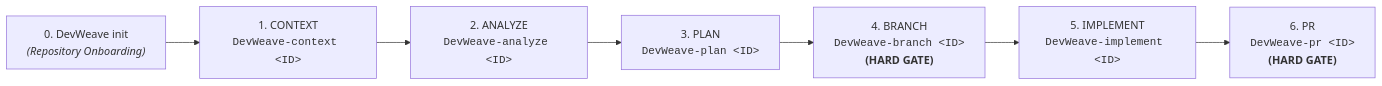
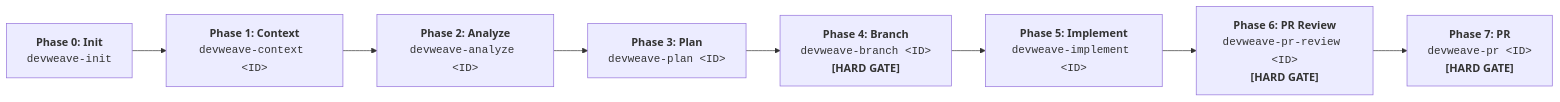
One commit to paarthivnaik/DevWeave changed the first of 2 diagrams in spec/specification/lifecycle.md. Above: the diagram before and after it, drawn with Mermaid. The commit also changed other lines of this file and 77 other files, not shown here.

````diff
--- a/spec/specification/lifecycle.md
+++ b/spec/specification/lifecycle.md
@@ -11,9 +11,10 @@
 ```mermaid
 flowchart LR
-    INIT["0. DevWeave init<br><i>(Repository Onboarding)</i>"] --> P1["1. CONTEXT<br><code>DevWeave-context &lt;ID&gt;</code>"]
-    P1 --> P2["2. ANALYZE<br><code>DevWeave-analyze &lt;ID&gt;</code>"]
-    P2 --> P3["3. PLAN<br><code>DevWeave-plan &lt;ID&gt;</code>"]
-    P3 --> P4["4. BRANCH<br><code>DevWeave-branch &lt;ID&gt;</code><br><b>(HARD GATE)</b>"]
-    P4 --> P5["5. IMPLEMENT<br><code>DevWeave-implement &lt;ID&gt;</code>"]
-    P5 --> P6["6. PR<br><code>DevWeave-pr &lt;ID&gt;</code><br><b>(HARD GATE)</b>"]
+    INIT["<b>Phase 0: Init</b><br><code>devweave-init</code>"] --> P1["<b>Phase 1: Context</b><br><code>devweave-context &lt;ID&gt;</code>"]
+    P1 --> P2["<b>Phase 2: Analyze</b><br><code>devweave-analyze &lt;ID&gt;</code>"]
+    P2 --> P3["<b>Phase 3: Plan</b><br><code>devweave-plan &lt;ID&gt;</code>"]
+    P3 --> P4["<b>Phase 4: Branch</b><br><code>devweave-branch &lt;ID&gt;</code><br><b>[HARD GATE]</b>"]
+    P4 --> P5["<b>Phase 5: Implement</b><br><code>devweave-implement &lt;ID&gt;</code>"]
+    P5 --> P6["<b>Phase 6: PR Review</b><br><code>devweave-pr-review &lt;ID&gt;</code><br><b>[HARD GATE]</b>"]
+    P6 --> P7["<b>Phase 7: PR</b><br><code>devweave-pr &lt;ID&gt;</code><br><b>[HARD GATE]</b>"]
 ```
````
